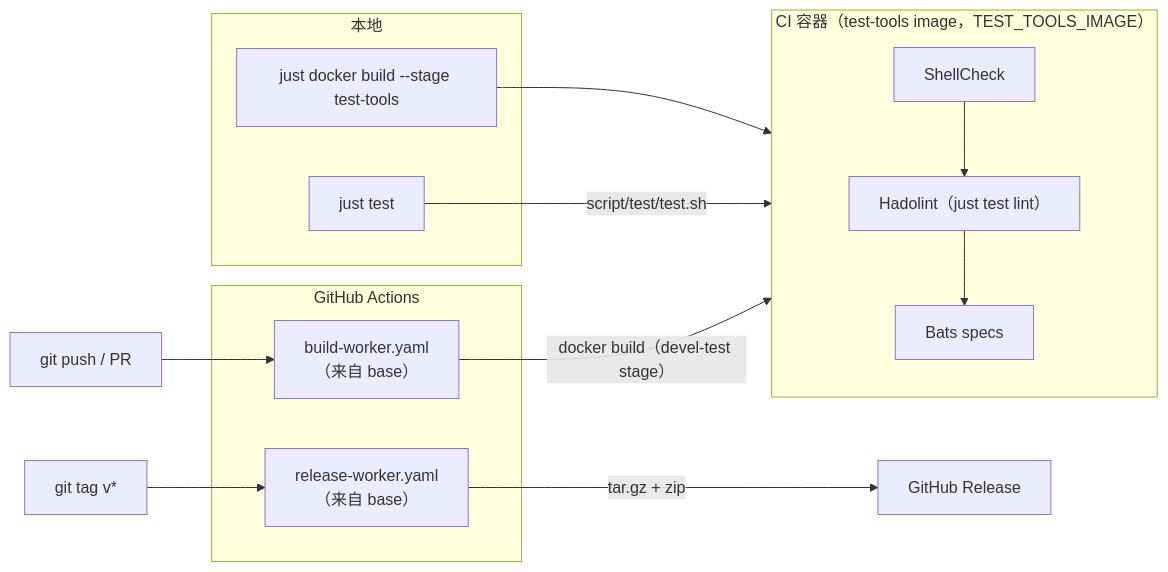
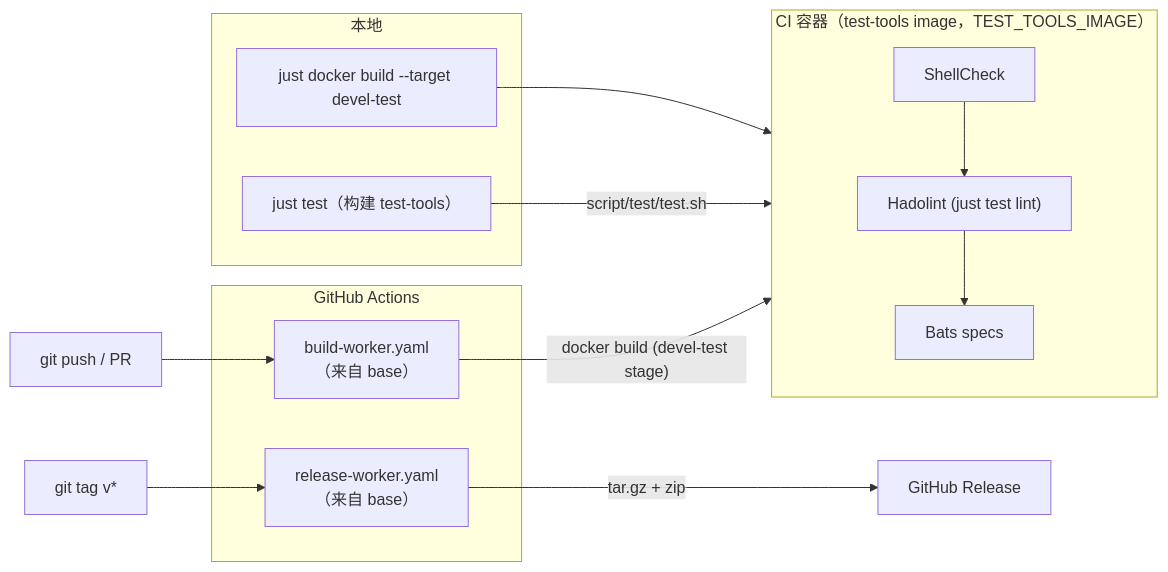
One commit to ycpss91255-docker/base changed the second of 2 diagrams in doc/readme/README.zh-CN.md. Above: the diagram before and after it, drawn with Mermaid. The commit also changed other lines of this file and 26 other files, not shown here.

````diff
--- a/doc/readme/README.zh-CN.md
+++ b/doc/readme/README.zh-CN.md
@@ -112,27 +118,27 @@
 ```mermaid
 flowchart LR
     subgraph local["本地"]
-        just_test["just test"]
-        just_build["just docker build --stage test-tools"]
+        just_test["just test（构建 test-tools）"]
+        just_build["just docker build --target devel-test"]
     end
 
     subgraph ci_container["CI 容器（test-tools image，TEST_TOOLS_IMAGE）"]
         shellcheck["ShellCheck"]
-        hadolint["Hadolint（just test lint）"]
+        hadolint["Hadolint (just test lint)"]
         bats["Bats specs"]
     end
 
     subgraph github["GitHub Actions"]
         build_worker["build-worker.yaml<br/>（来自 base）"]
         release_worker["release-worker.yaml<br/>（来自 base）"]
     end
 
     just_build --> ci_container
     just_test -->|"script/test/test.sh"| ci_container
     shellcheck --> hadolint --> bats
 
     push["git push / PR"] --> build_worker
-    build_worker -->|"docker build（devel-test stage）"| ci_container
+    build_worker -->|"docker build (devel-test stage)"| ci_container
     tag["git tag v*"] --> release_worker
     release_worker -->|"tar.gz + zip"| release["GitHub Release"]
 ```
````
